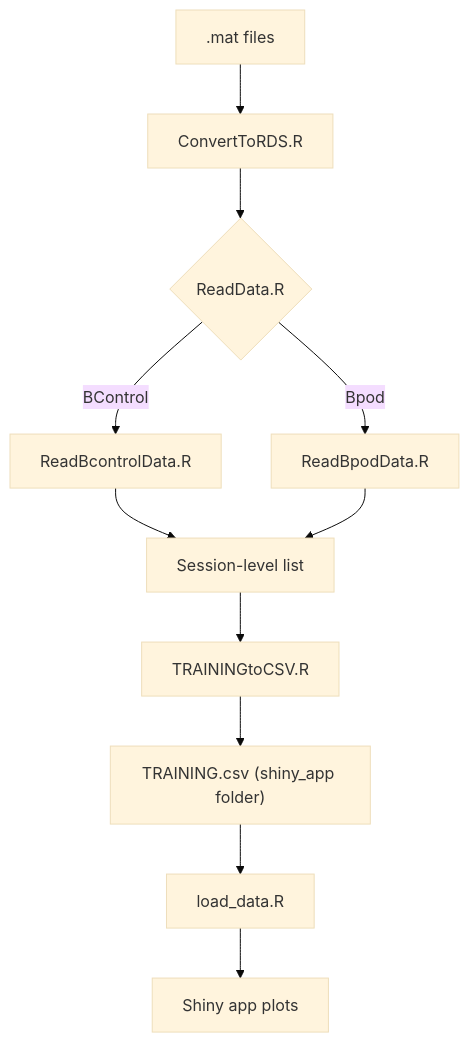
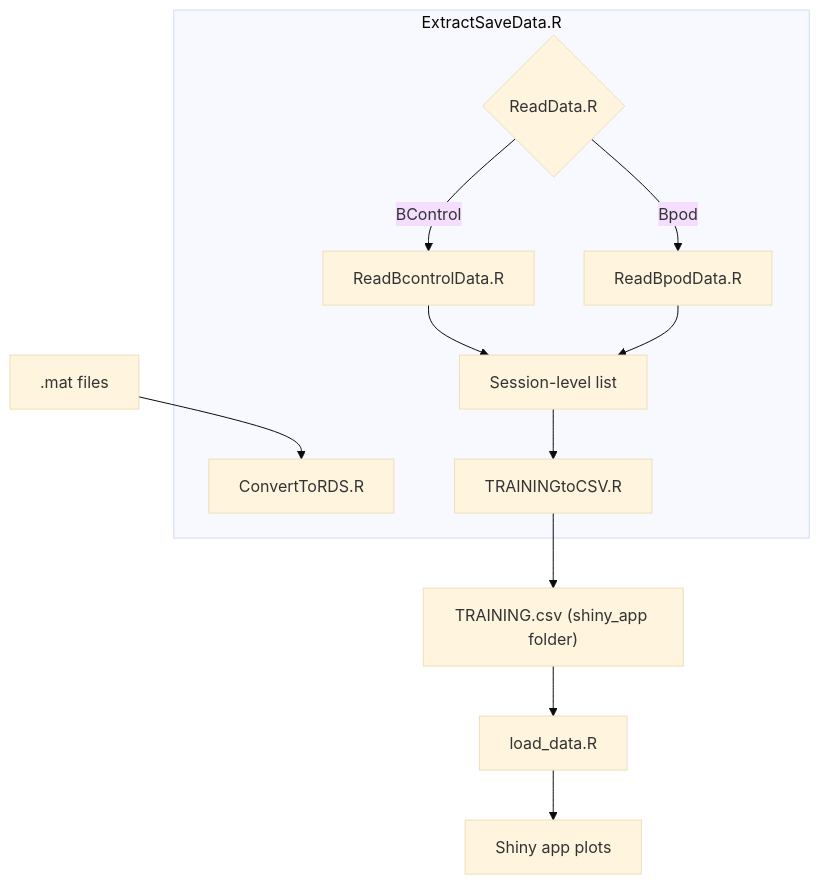
One commit to LIMLabSWC/shiny-performance-tracking changed the diagram in docs/architecture.md. Above: the diagram before and after it, drawn with Mermaid (base theme).

Commit message:
update mermaid graph

````diff
--- a/docs/architecture.md
+++ b/docs/architecture.md
@@ -25,13 +25,18 @@
 ```mermaid
 graph TD
-  A[.mat files] --> B[ConvertToRDS.R]
-  B --> C{ReadData.R}
-  C -->|BControl| D[ReadBcontrolData.R]
-  C -->|Bpod| E[ReadBpodData.R]
-  D --> F[Session-level list]
-  E --> F
-  F --> G[TRAININGtoCSV.R]
+
+  subgraph ExtractSaveData.R [ExtractSaveData.R]
+    B[ConvertToRDS.R]
+    C{ReadData.R}
+    C -->|BControl| D[ReadBcontrolData.R]
+    C -->|Bpod| E[ReadBpodData.R]
+    D --> F[Session-level list]
+    E --> F
+    F --> G[TRAININGtoCSV.R]
+  end
+
+  A[.mat files] --> B
   G --> H["TRAINING.csv (shiny_app folder)"]
   H --> I[load_data.R]
   I --> J[Shiny app plots]
 ```
````
